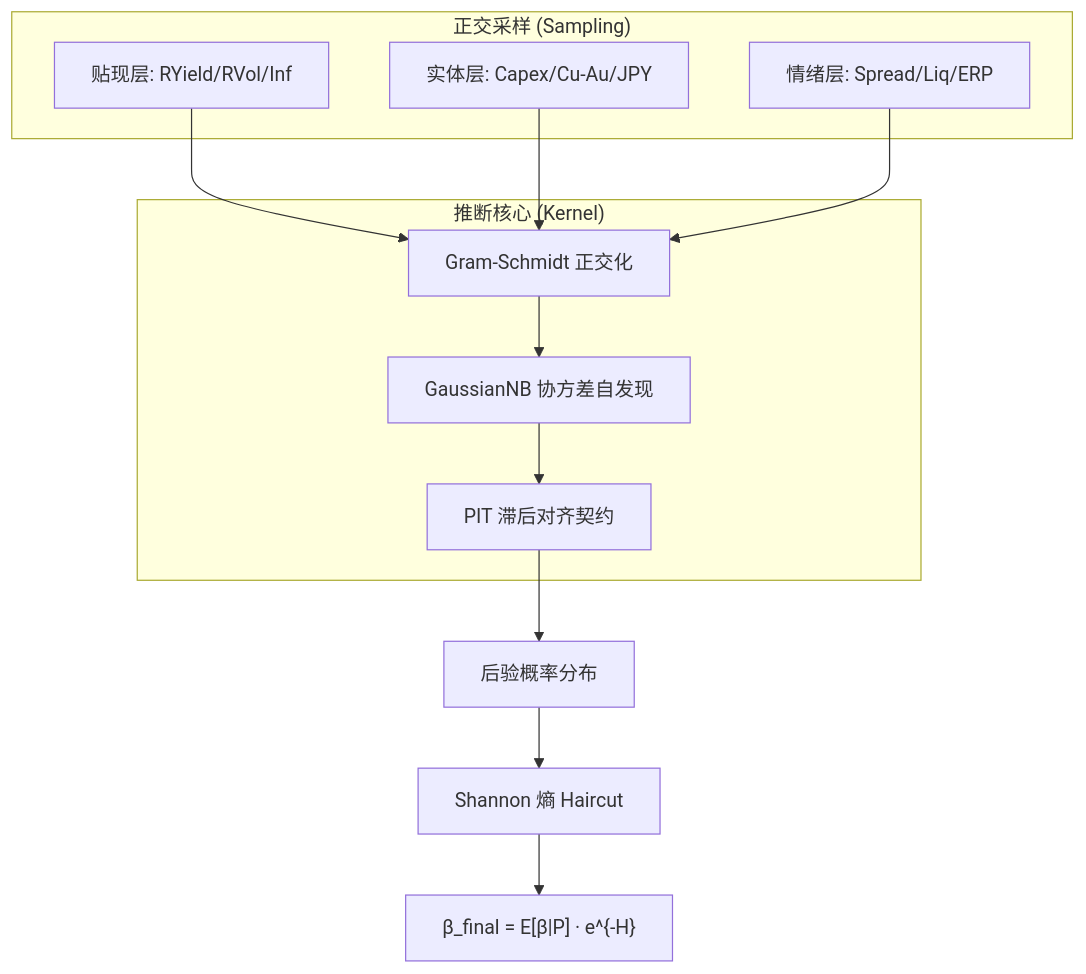
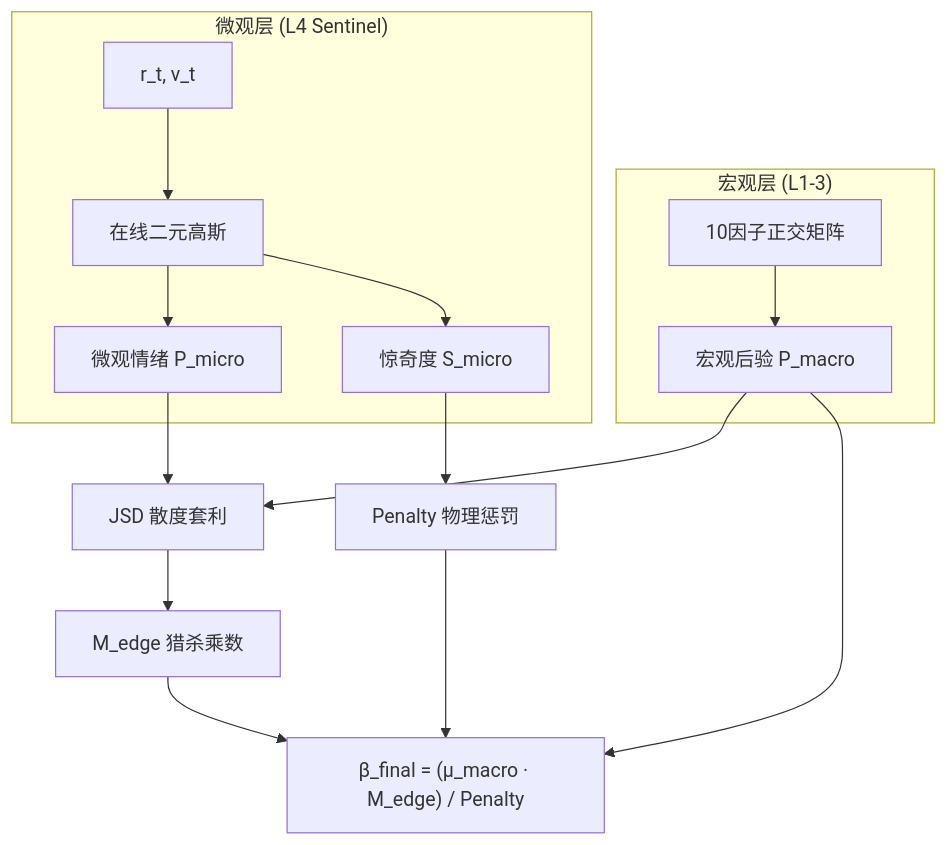
Before and after one commit to yutaofr/qqq-buyer-monitor: the diagram in README.md, drawn with Mermaid. The commit also changed other lines of this file and 111 other files, not shown here.

````diff
--- a/README.md
+++ b/README.md
@@ -56,20 +34,18 @@
 ```mermaid
 graph TD
-    subgraph "正交采样 (Sampling)"
-        D[贴现层: RYield/RVol/Inf]
-        E[实体层: Capex/Cu-Au/JPY]
-        S[情绪层: Spread/Liq/ERP]
+    subgraph "宏观层 (L1-3)"
+        M[10因子正交矩阵] --> P_MACRO[宏观后验 P_macro]
     end
 
-    subgraph "推断核心 (Kernel)"
-        GS[Gram-Schmidt 正交化]
-        GNB[GaussianNB 协方差自发现]
-        PIT[PIT 滞后对齐契约]
+    subgraph "微观层 (L4 Sentinel)"
+        X[r_t, v_t] --> GNB[在线二元高斯]
+        GNB --> P_MICRO[微观情绪 P_micro]
+        GNB --> SURP[惊奇度 S_micro]
     end
 
-    D & E & S --> GS --> GNB
-    GNB --> PIT --> POST[后验概率分布]
-    
-    POST --> ENT[Shannon 熵 Haircut]
-    ENT --> BETA["β_final = E[β|P] · e^{-H}"]
+    P_MACRO & P_MICRO --> JSD[JSD 散度套利]
+    JSD --> MEDGE[M_edge 猎杀乘数]
+    SURP --> PENALTY[Penalty 物理惩罚]
+
+    MEDGE & PENALTY & P_MACRO --> KELLY["β_final = (μ_macro · M_edge) / Penalty"]
 ```
````
